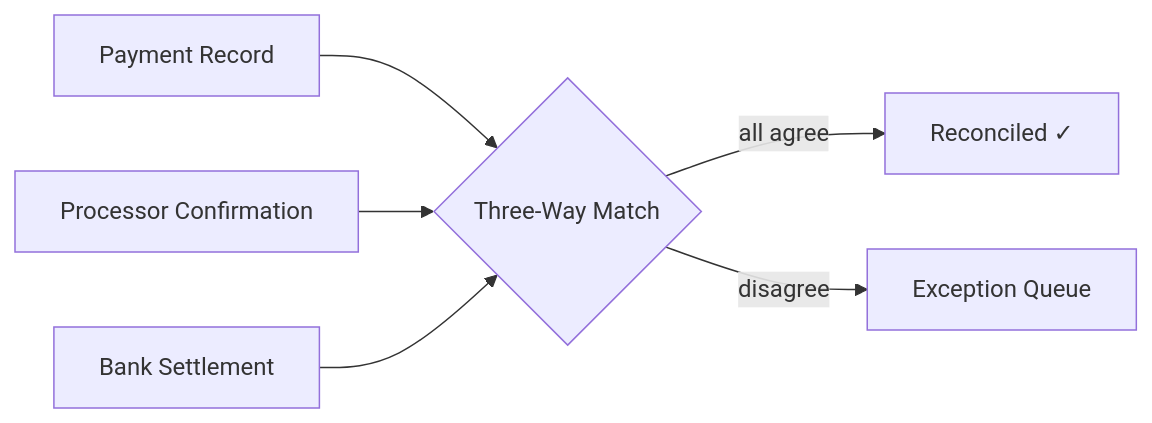
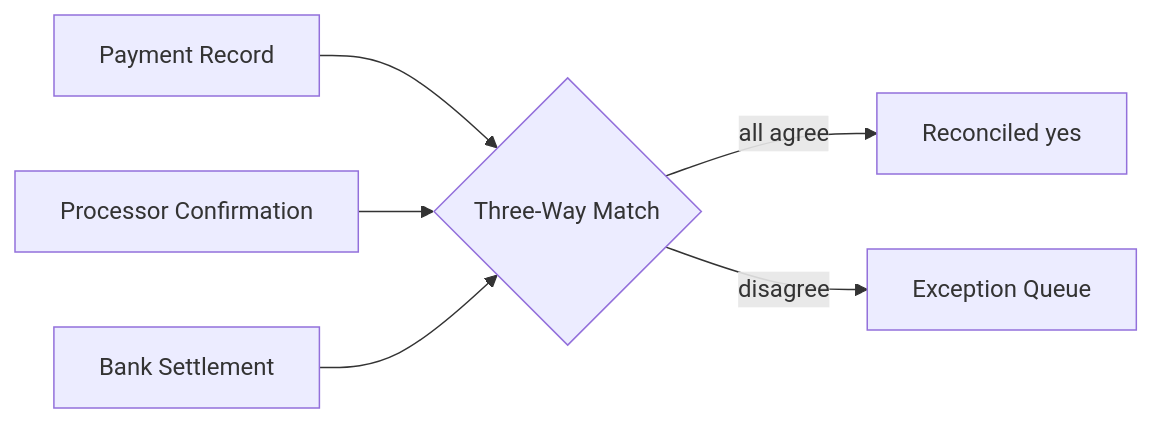
Before and after one commit to billywr/system-design: diagram 16 of 21 in 06-platform-building-blocks/18-design-payment-gateway.md, drawn with Mermaid. The commit also changed 39 other files, not shown here.

````diff
--- a/06-platform-building-blocks/18-design-payment-gateway.md
+++ b/06-platform-building-blocks/18-design-payment-gateway.md
@@ -679,8 +679,8 @@
 ```mermaid
 flowchart LR
     A[Payment Record] --> Match{Three-Way Match}
     B[Processor Confirmation] --> Match
     C[Bank Settlement] --> Match
-    Match -->|all agree| OK[Reconciled ✓]
+    Match -->|all agree| OK[Reconciled yes]
     Match -->|disagree| Investigate[Exception Queue]
 ```
````
